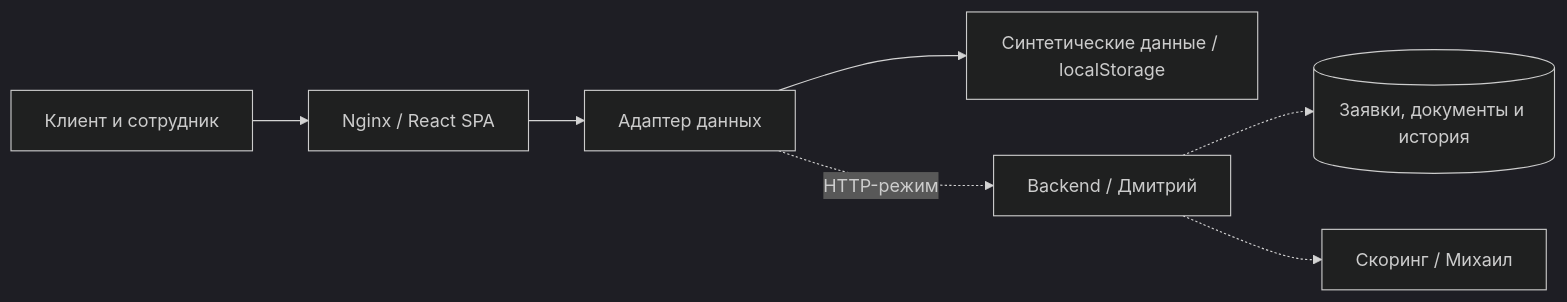
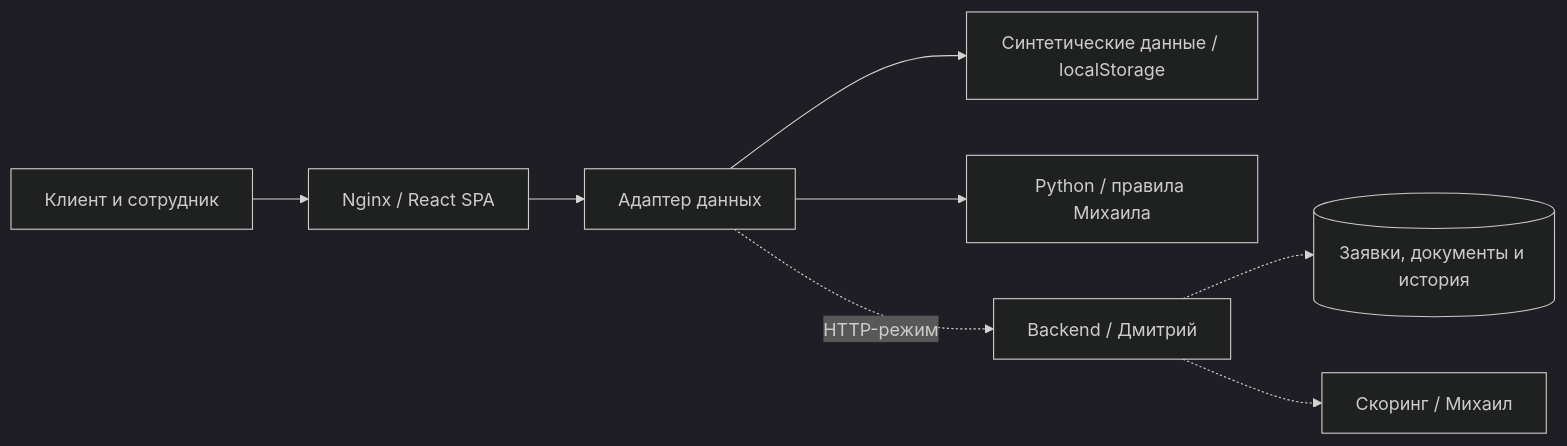
The diagram in README.md (Churachok/milktower_523), drawn with Mermaid (dark theme) before and after one commit. The commit also changed other lines of this file and 37 other files, not shown here.

````diff
--- a/README.md
+++ b/README.md
@@ -50,9 +50,10 @@
 ```mermaid
 flowchart LR
     Browser[Клиент и сотрудник] --> Web[Nginx / React SPA]
     Web --> Adapter[Адаптер данных]
     Adapter --> Demo[Синтетические данные / localStorage]
+    Adapter --> Scoring[Python / правила Михаила]
     Adapter -. HTTP-режим .-> Backend[Backend / Дмитрий]
     Backend -.-> Store[(Заявки, документы и история)]
     Backend -.-> ML[Скоринг / Михаил]
 ```
````
